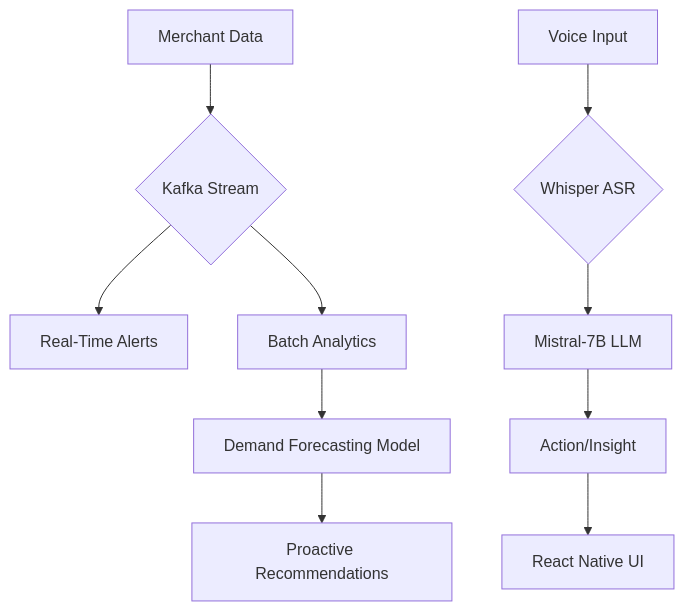
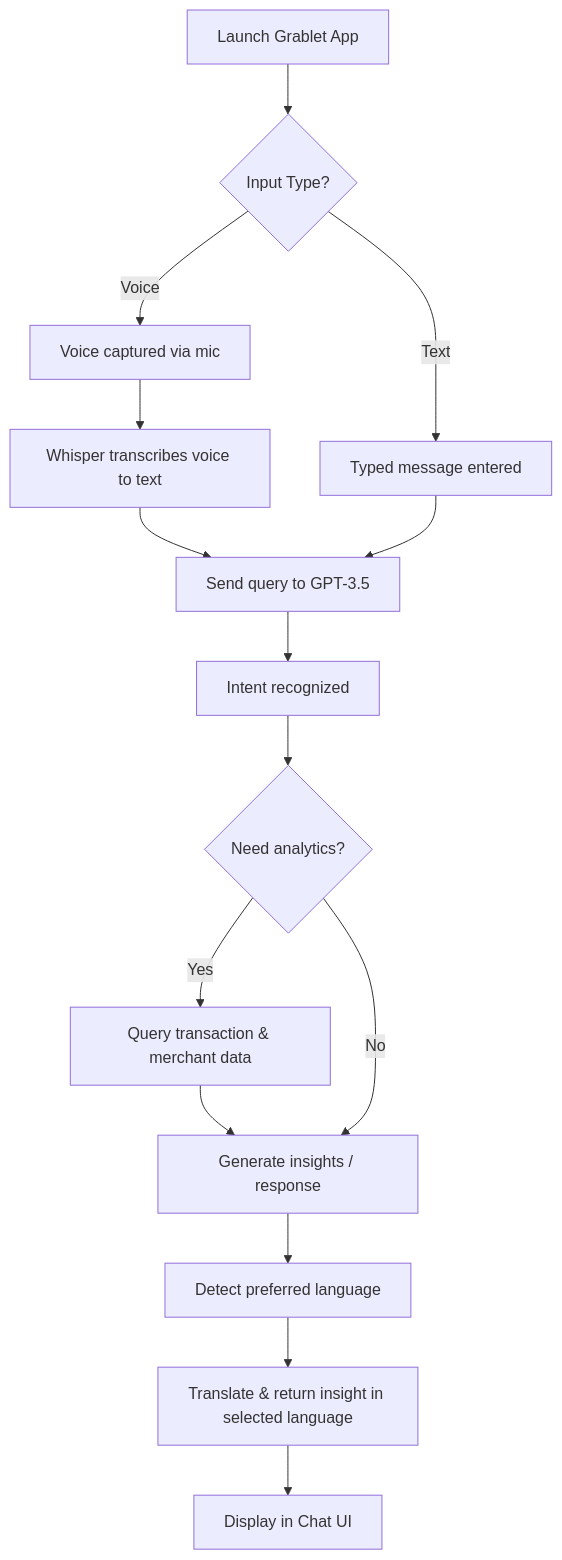
One commit to VinnieTiang/oiia changed the second of 2 diagrams in documentation.md. Above: the diagram before and after it, drawn with Mermaid. The commit also changed other lines of this file, not shown here.

````diff
--- a/documentation.md
+++ b/documentation.md
@@ -15,12 +142,17 @@
 ```mermaid
 graph TD
-  A[Merchant Data] --> B{Kafka Stream}
-  B --> C[Real-Time Alerts]
-  B --> D[Batch Analytics]
-  D --> E[Demand Forecasting Model]
-  E --> F[Proactive Recommendations]
-  G[Voice Input] --> H{Whisper ASR}
-  H --> I[Mistral-7B LLM]
-  I --> J[Action/Insight]
-  J --> K[React Native UI]
+    A[Launch Grablet App] --> B{Input Type?}
+    B -->|Voice| C[Voice captured via mic]
+    C --> D[Whisper transcribes voice to text]
+    B -->|Text| E[Typed message entered]
+    D --> F[Send query to GPT-3.5]
+    E --> F
+    F --> G[Intent recognized]
+    G --> H{Need analytics?}
+    H -->|Yes| I[Query transaction & merchant data]
+    I --> J[Generate insights / response]
+    H -->|No| J
+    J --> K[Detect preferred language]
+    K --> L[Translate & return insight in selected language]
+    L --> M[Display in Chat UI]
 ```
````
